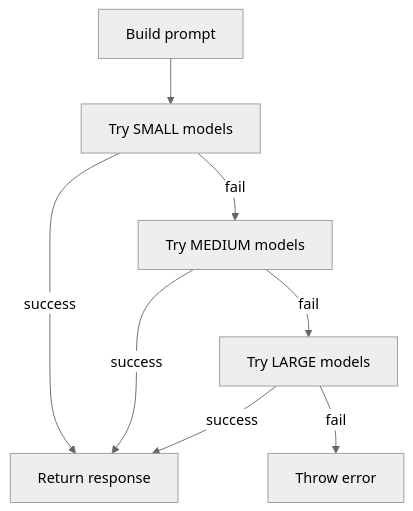
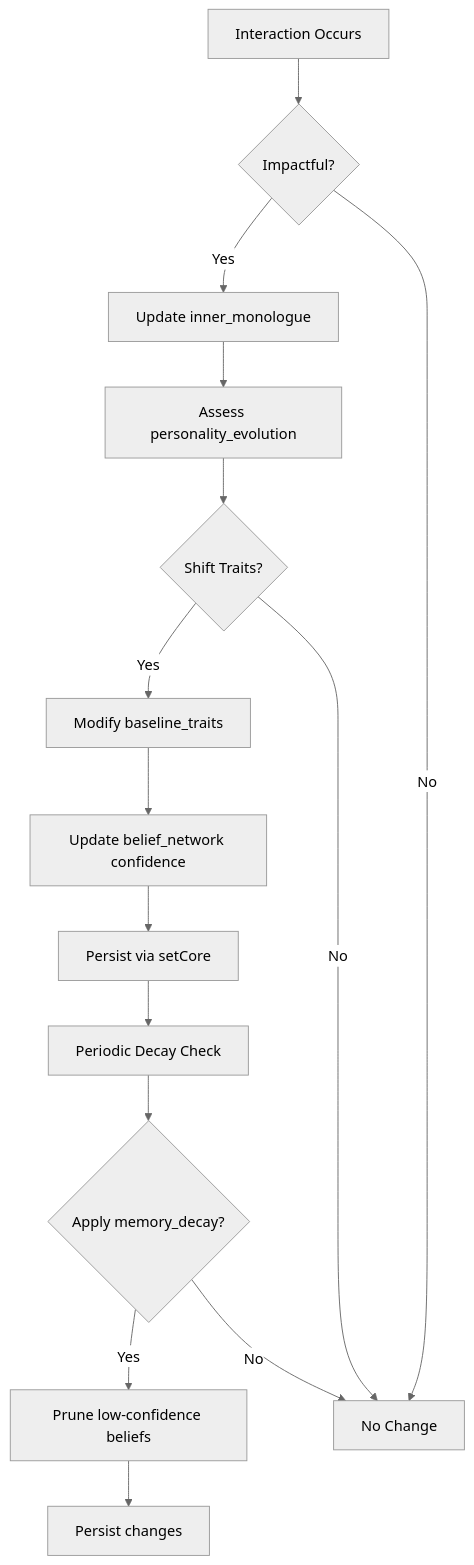
The second of 5 diagrams in README.md (MaliosDark/Satellite-HB-C1), drawn with Mermaid (neutral theme) before and after one commit. The commit also changed other lines of this file and 2 other files, not shown here.

````diff
--- a/README.md
+++ b/README.md
@@ -117,10 +165,17 @@
 ```mermaid
 flowchart TD
-  A[Build prompt] --> B[Try SMALL models]
-  B -->|success| C[Return response]
-  B -->|fail| D[Try MEDIUM models]
-  D -->|success| C
-  D -->|fail| E[Try LARGE models]
-  E -->|success| C
-  E -->|fail| F[Throw error]
+  A[Interaction Occurs] --> B{Impactful?}
+  B -->|Yes| C[Update inner_monologue]
+  C --> D[Assess personality_evolution]
+  D --> E{Shift Traits?}
+  E -->|Yes| F[Modify baseline_traits]
+  F --> G[Update belief_network confidence]
+  G --> H[Persist via setCore]
+  E -->|No| I[No Change]
+  B -->|No| I
+  H --> J[Periodic Decay Check]
+  J --> K{Apply memory_decay?}
+  K -->|Yes| L[Prune low-confidence beliefs]
+  L --> M[Persist changes]
+  K -->|No| I
 ```
````
